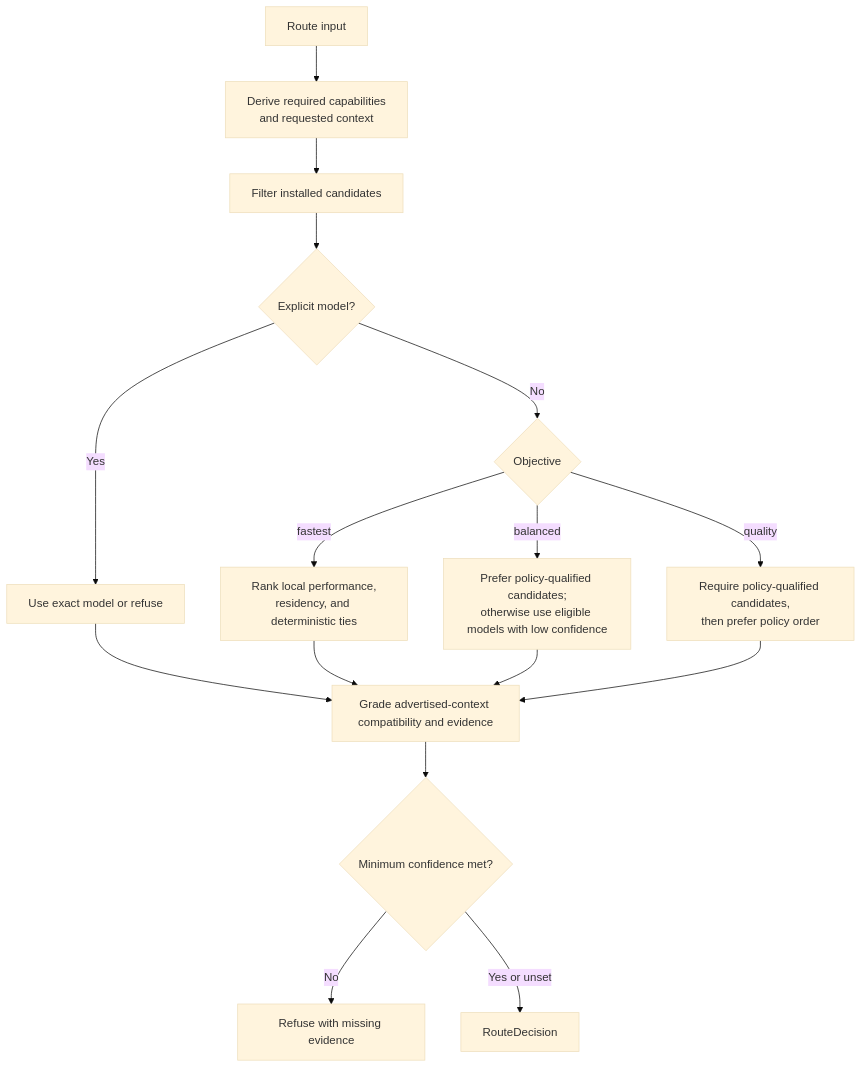
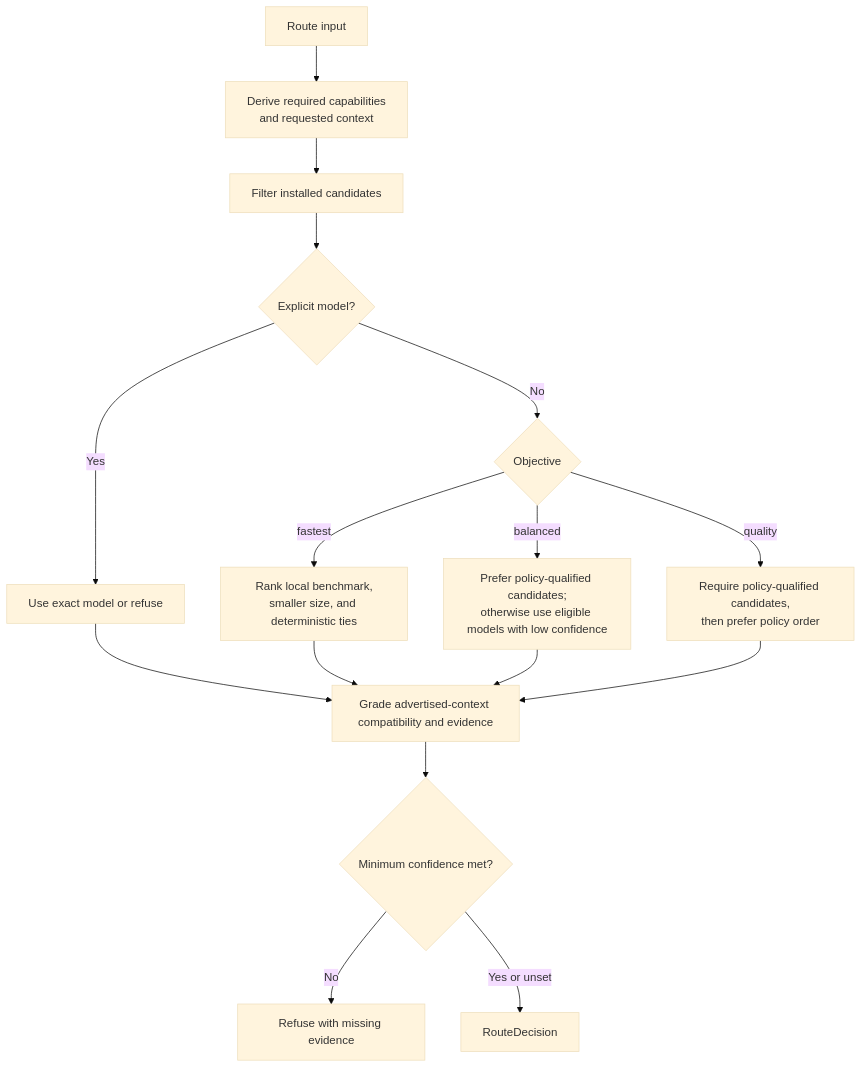
One commit to bgauryy/FreeLlama changed the fifth of 9 diagrams in docs/ARCHITECTURE.md. Above: the diagram before and after it, drawn with Mermaid (base theme). The commit also changed other lines of this file and 70 other files, not shown here.

Commit message:
update flow and docs (#13)

````diff
--- a/docs/ARCHITECTURE.md
+++ b/docs/ARCHITECTURE.md
@@ -239,18 +244,18 @@
 ```mermaid
 flowchart TD
     I["Route input"] --> C["Derive required capabilities<br/>and requested context"]
     C --> F["Filter installed candidates"]
     F --> X{"Explicit model?"}
     X -->|"Yes"| E["Use exact model or refuse"]
     X -->|"No"| O{"Objective"}
-    O -->|"fastest"| S["Rank local performance,<br/>residency, and deterministic ties"]
+    O -->|"fastest"| S["Rank local benchmark,<br/>smaller size, and deterministic ties"]
     O -->|"balanced"| B["Prefer policy-qualified candidates;<br/>otherwise use eligible models with low confidence"]
     O -->|"quality"| Q["Require policy-qualified candidates,<br/>then prefer policy order"]
     E --> H["Grade advertised-context compatibility and evidence"]
     S --> H
     B --> H
     Q --> H
     H --> G{"Minimum confidence met?"}
     G -->|"No"| R["Refuse with missing evidence"]
     G -->|"Yes or unset"| D["RouteDecision"]
 ```
````
